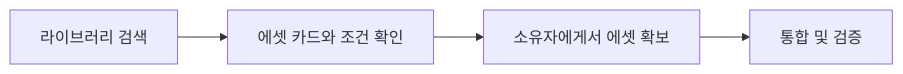
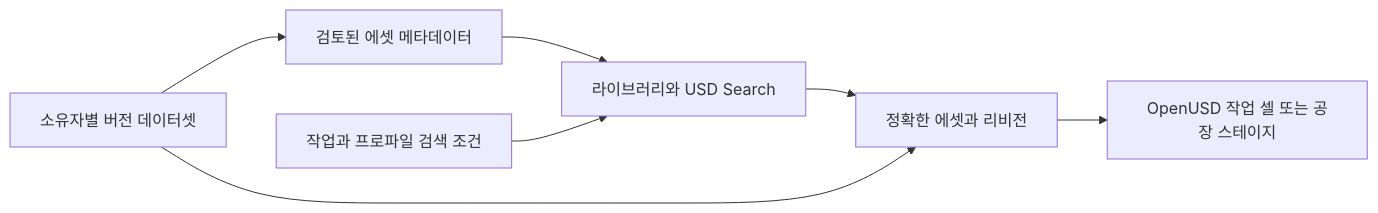
The diagram in docs/ko/simready-central-library.md (james-joobs/awesome-nvidia-physical-ai), drawn with Mermaid before and after one commit. The commit also changed other lines of this file and 187 other files, not shown here.

Commit message:
Expand bilingual guides with official architecture references

````diff
--- a/docs/ko/simready-central-library.md
+++ b/docs/ko/simready-central-library.md
@@ -17,8 +17,15 @@
 ```mermaid
 flowchart LR
-  S0["라이브러리 검색"]
-  S1["에셋 카드와 조건 확인"]
-  S2["소유자에게서 에셋 확보"]
-  S3["통합 및 검증"]
-  S0 --> S1 --> S2 --> S3
+    dataset["소유자별 버전 데이터셋"]
+    index["검토된 에셋 메타데이터"]
+    query["작업과 프로파일 검색 조건"]
+    search["라이브러리와 USD Search"]
+    pick["정확한 에셋과 리비전"]
+    scene["OpenUSD 작업 셀 또는 공장 스테이지"]
+    dataset --> index
+    index --> search
+    query --> search
+    search --> pick
+    dataset --> pick
+    pick --> scene
 ```
````
